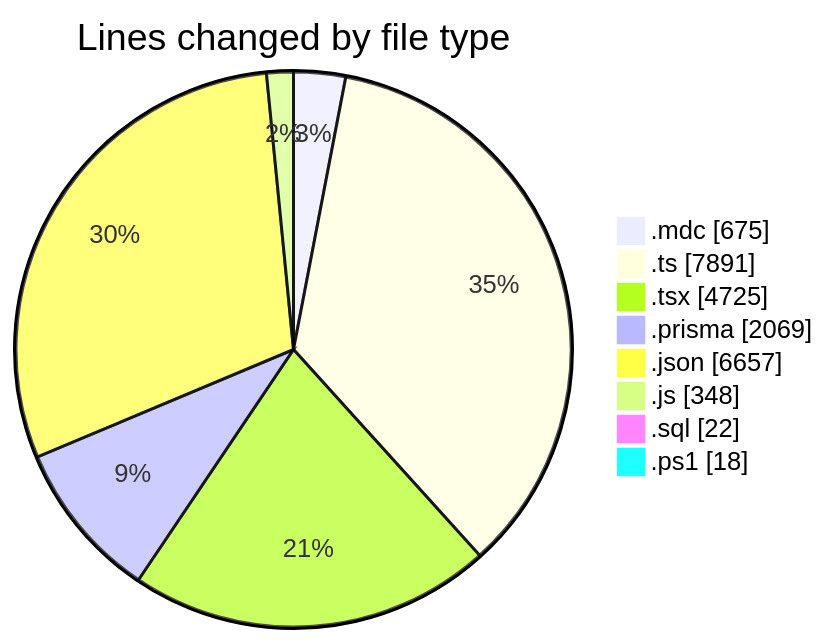
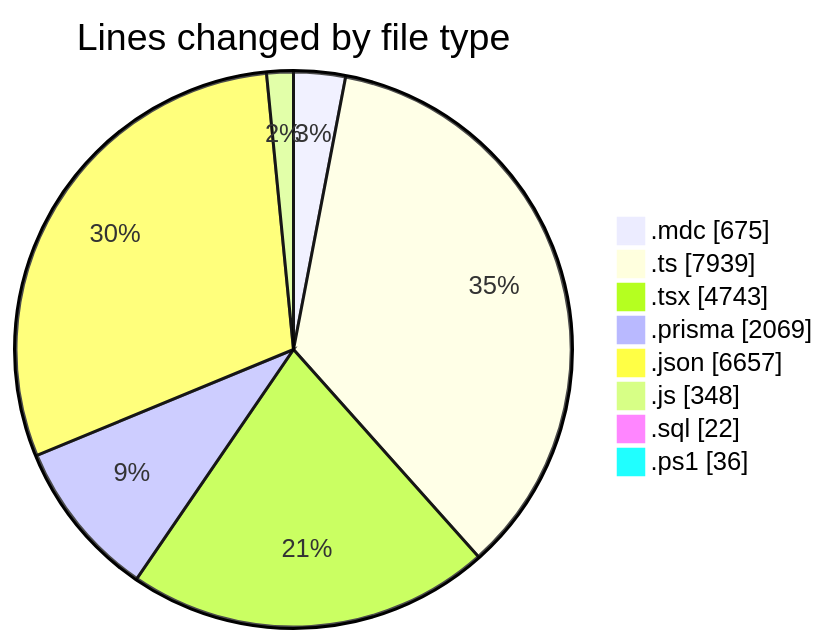
The first of 2 diagrams in 2025-06-05/ecodeli-1/README.md (CELIANVF/code-tracking), drawn with Mermaid before and after one commit. The commit also changed other lines of this file and 1 other file, not shown here.

````diff
--- a/2025-06-05/ecodeli-1/README.md
+++ b/2025-06-05/ecodeli-1/README.md
@@ -64,12 +65,12 @@
 ```mermaid
 pie showData
 title Lines changed by file type
 ".mdc" : 675
-".ts" : 7891
-".tsx" : 4725
+".ts" : 7939
+".tsx" : 4743
 ".prisma" : 2069
 ".json" : 6657
 ".js" : 348
 ".sql" : 22
-".ps1" : 18
+".ps1" : 36
 ```
````
